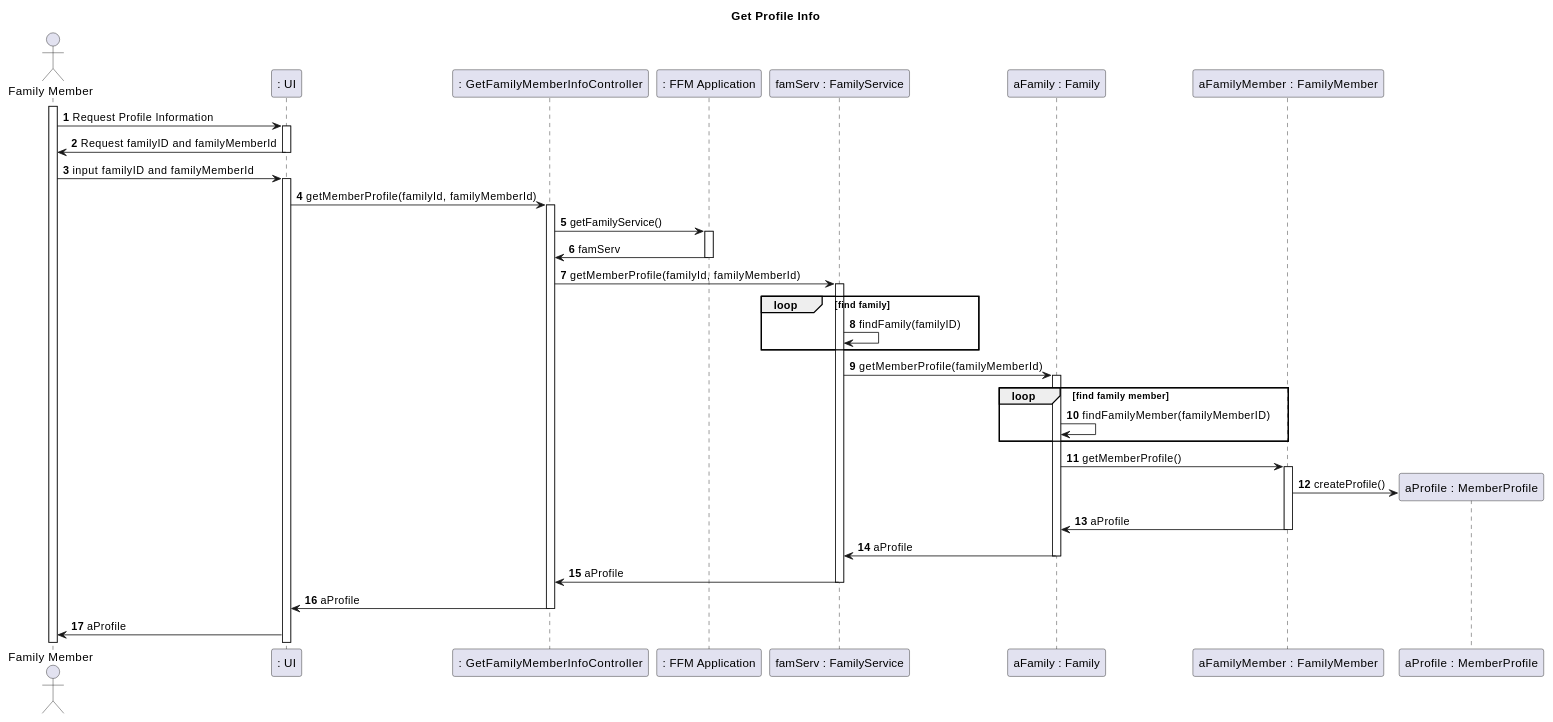
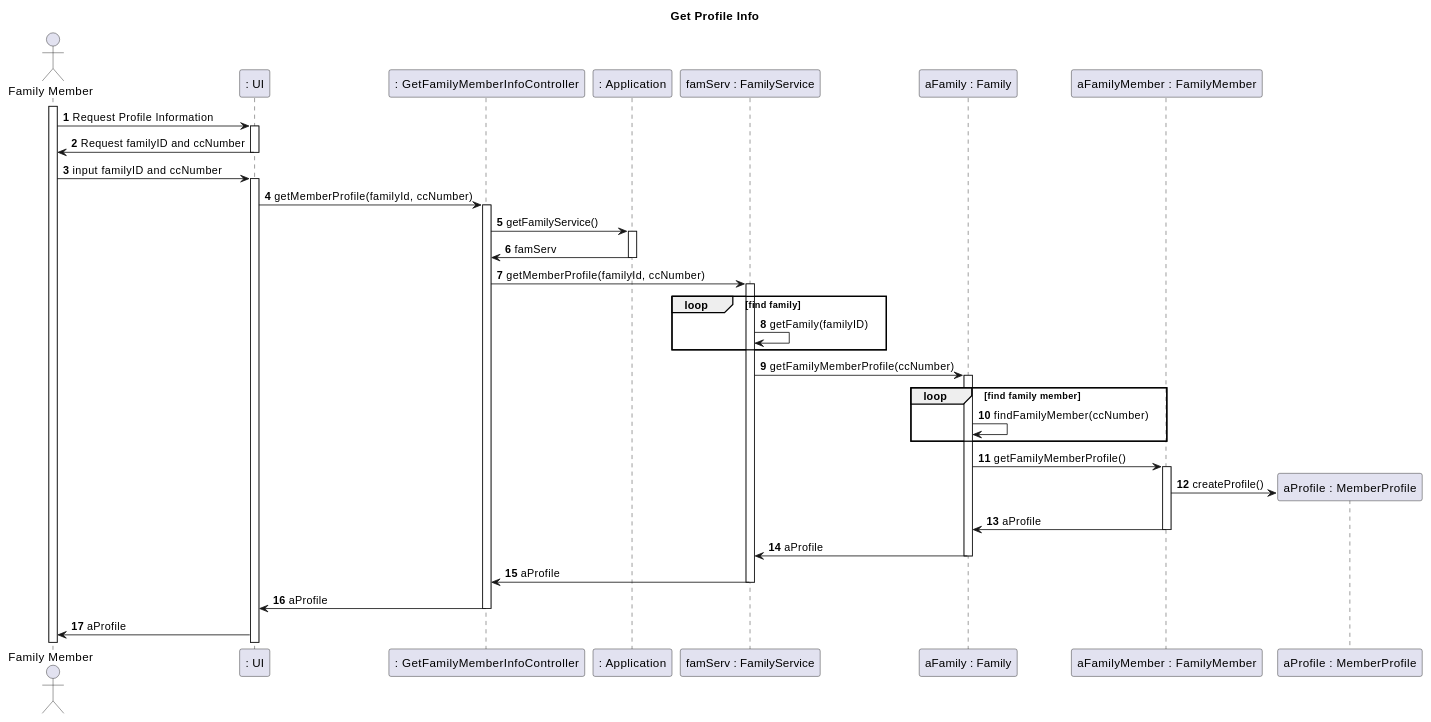
Before and after one commit to tomas-osswald/switch_2020_g3: the first of 2 diagrams in docs/sprint1/user_stories/US150_GetFamilyMemberProfile.md, drawn with PlantUML. The commit also changed other lines of this file and 3 other files, not shown here.

`````diff
--- a/docs/sprint1/user_stories/US150_GetFamilyMemberProfile.md
+++ b/docs/sprint1/user_stories/US150_GetFamilyMemberProfile.md
@@ -41,54 +41,54 @@
 ````puml
 @startuml
 
 autonumber
 title Get Profile Info
 actor "Family Member" as familyMember
 participant ": UI" as ui
 participant ": GetFamilyMemberInfoController" as controller
-participant ": FFM Application" as app
+participant ": Application" as app
 participant "famServ : FamilyService" as familyservice
 participant "aFamily : Family" as family
 participant "aFamilyMember : FamilyMember" as fm
 participant "aProfile : MemberProfile" as profile
 
 activate familyMember
 familyMember -> ui: Request Profile Information
 activate ui
-ui -> familyMember: Request familyID and familyMemberId
+ui -> familyMember: Request familyID and ccNumber
 deactivate ui
-familyMember -> ui: input familyID and familyMemberId
+familyMember -> ui: input familyID and ccNumber
 activate ui
-ui -> controller: getMemberProfile(familyId, familyMemberId)
+ui -> controller: getMemberProfile(familyId, ccNumber)
 activate controller
 controller -> app: getFamilyService()
 activate app
 app -> controller: famServ
 deactivate app
-controller -> familyservice: getMemberProfile(familyId, familyMemberId)
+controller -> familyservice: getMemberProfile(familyId, ccNumber)
 activate familyservice
 loop find family
-    familyservice -> familyservice: findFamily(familyID)
+    familyservice -> familyservice: getFamily(familyID)
     end
-familyservice -> family: getMemberProfile(familyMemberId)
+familyservice -> family: getFamilyMemberProfile(ccNumber)
 
 activate family
 loop find family member
-    family -> family: findFamilyMember(familyMemberID)
+    family -> family: findFamilyMember(ccNumber)
     end
-family -> fm: getMemberProfile()
+family -> fm: getFamilyMemberProfile()
 activate fm
 fm -> profile**: createProfile()
 
 fm -> family: aProfile
 deactivate fm
 family -> familyservice: aProfile
 deactivate family
 familyservice -> controller: aProfile
 deactivate familyservice
 controller -> ui: aProfile
 deactivate controller
 ui -> familyMember: aProfile
 
 @enduml
 ````
`````
